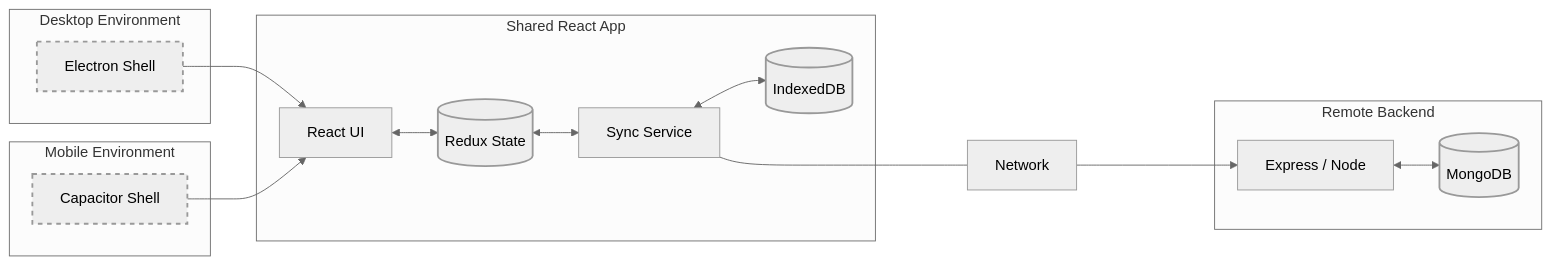
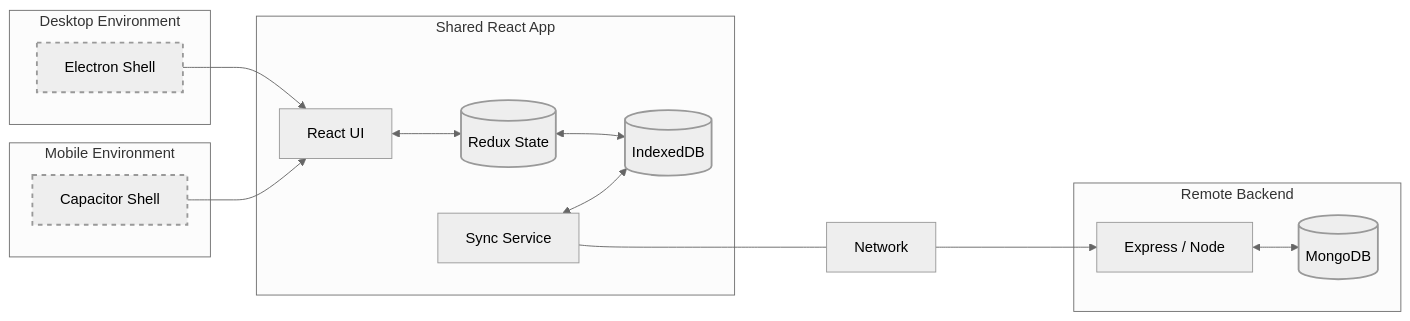
One commit to OleksandrHridzhak/Onda changed the diagram in README.md. Above: the diagram before and after it, drawn with Mermaid (neutral theme). The commit also changed other lines of this file and 9 other files, not shown here.

````diff
--- a/README.md
+++ b/README.md
@@ -32,43 +33,42 @@
 ```mermaid
 graph LR
-    %% Визначення стилів (Тільки форми та лінії, без кольорів заливки)
     classDef host stroke-width:2px,stroke-dasharray: 5 5;
     classDef storage stroke-width:2px;
 
     %% Платформи
     subgraph ElectronHost [Desktop Environment]
         Electron[Electron Shell]
     end
 
     subgraph MobileHost [Mobile Environment]
         Capacitor[Capacitor Shell]
     end
 
     %% Спільний фронтенд
     subgraph ClientSide [Shared React App]
         ReactUI[React UI]
         Redux[(Redux State)]
         SyncService[Sync Service]
         IDB[(IndexedDB)]
     end
 
     %% Сервер
     subgraph ServerSide [Remote Backend]
         Express[Express / Node]
         DB[(MongoDB)]
     end
 
     %% Зв'язки
     Electron --> ReactUI
     Capacitor --> ReactUI
-    
+
     ReactUI <--> Redux
-    Redux <--> SyncService
+    Redux <--> IDB
     SyncService <--> IDB
     SyncService <---- Network ----> Express
     Express <--> DB
 
     %% Призначення класів для форм
     class Electron,Capacitor host;
     class Redux,IDB,DB storage;
 ```
````
